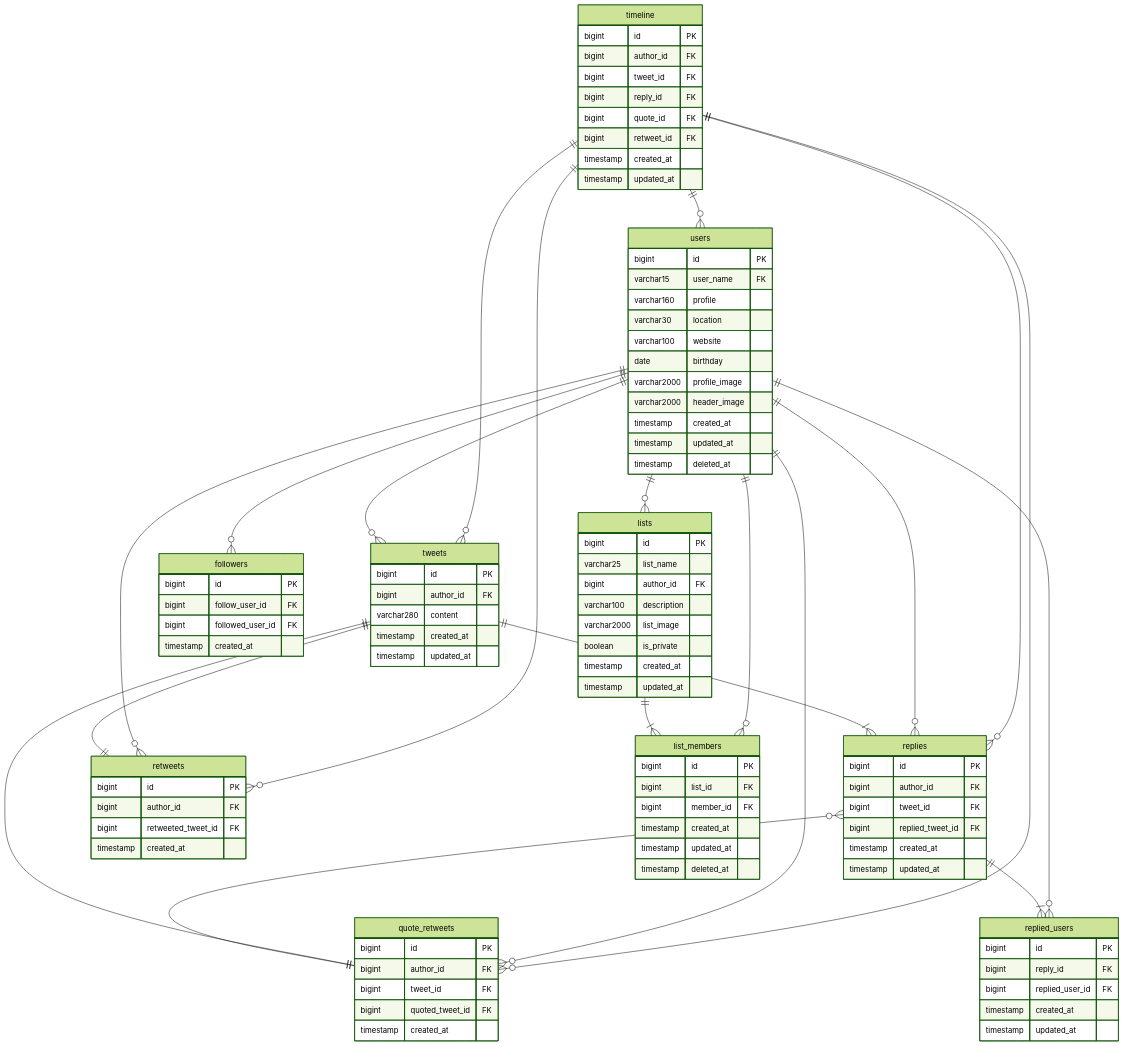
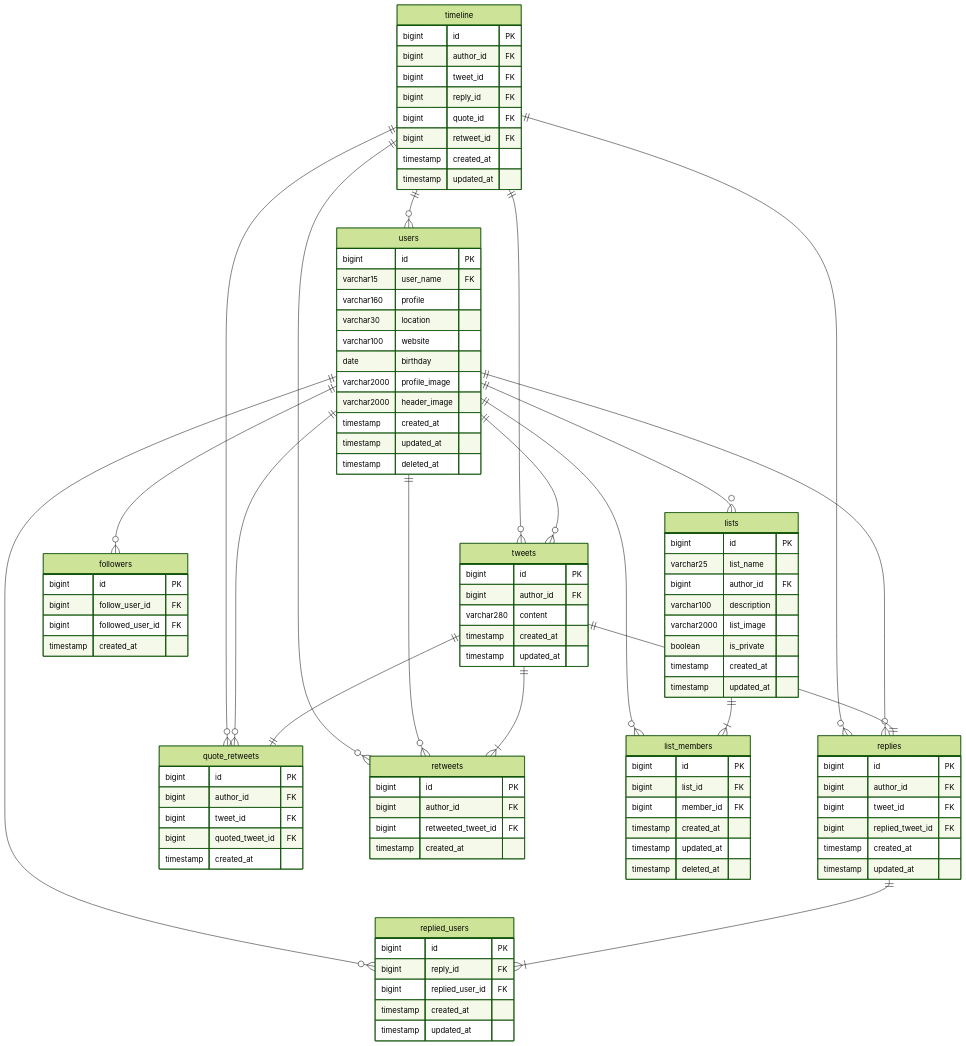
Before and after one commit to sp8783/til: the diagram in ERD/twitter_ERD.md, drawn with Mermaid (forest theme). The commit also changed 1 other file, not shown here.

Commit message:
Update ERD/twitter_ERD.md and ERD/twitter_tb.md

```diff
--- a/ERD/twitter_ERD.md
+++ b/ERD/twitter_ERD.md
@@ -13,11 +13,10 @@
 	users ||--o{ followers : ""
 	users ||--o{ lists : ""
 	users ||--o{ list_members : ""
-	tweets ||--|{ replies : ""
+	tweets ||--|| replies : ""
 	tweets ||--|| quote_retweets : ""
-	tweets ||--|| retweets : ""
+	tweets ||--|{ retweets : ""
 	replies ||--|{ replied_users : ""
-	replies }o--|| quote_retweets : ""
 	lists ||--|{ list_members : ""
 
 	timeline {
```
